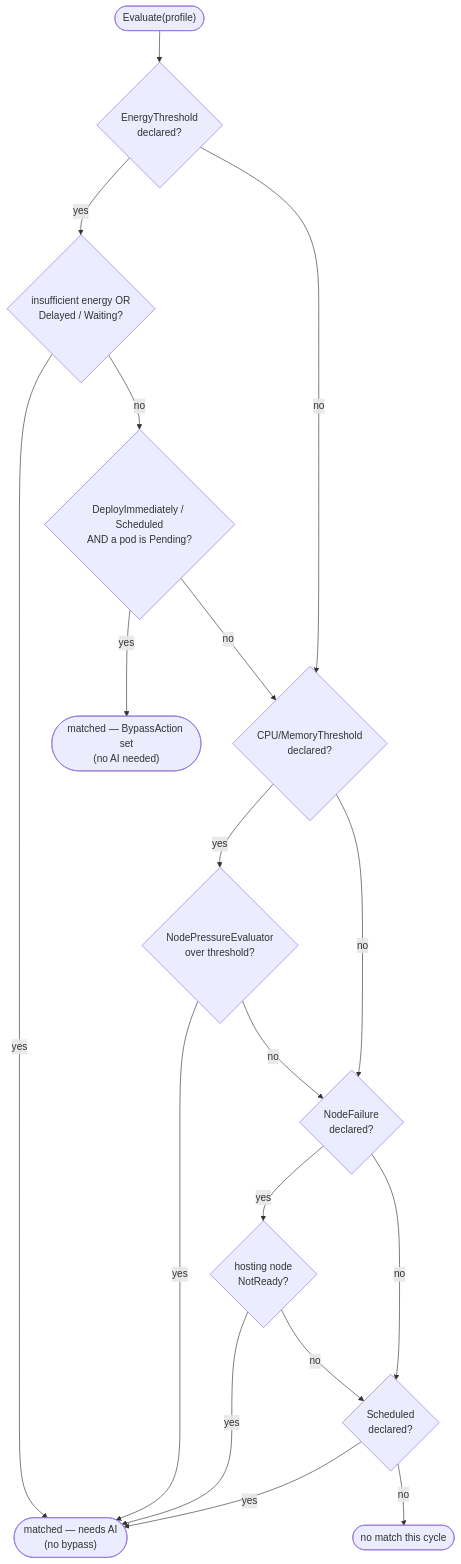
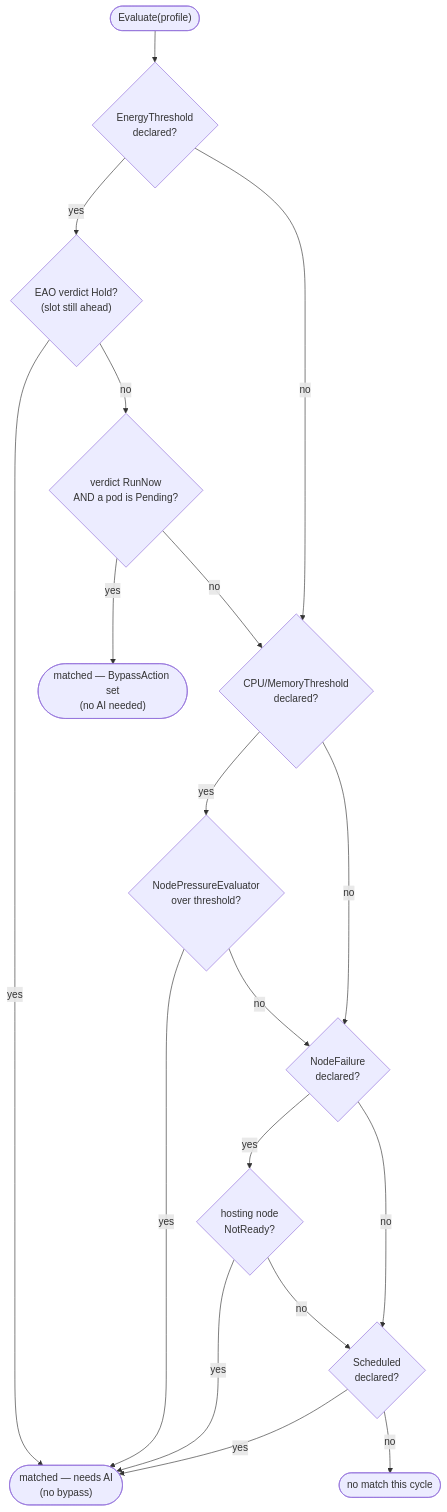
One commit to HIRO-MicroDataCenters-BV/hiro-adaptive-orchestrator changed the fifth of 35 diagrams in internal/rebalance/README.md. Above: the diagram before and after it, drawn with Mermaid. The commit also changed other lines of this file and 20 other files, not shown here.

Commit message:
Make the energy gate, EnergyThreshold trigger and timeout label follow the EAO verdict instead of energyMetrics.sufficient, sharing one EAOSettings

````diff
--- a/internal/rebalance/README.md
+++ b/internal/rebalance/README.md
@@ -204,20 +204,20 @@
 ```mermaid
 flowchart TD
     Start(["Evaluate(profile)"]) --> C1{"EnergyThreshold<br/>declared?"}
-    C1 -- yes --> E1{"insufficient energy OR<br/>Delayed / Waiting?"}
+    C1 -- yes --> E1{"EAO verdict Hold?<br/>(slot still ahead)"}
     E1 -- yes --> Match(["matched — needs AI<br/>(no bypass)"])
-    E1 -- no --> E2{"DeployImmediately / Scheduled<br/>AND a pod is Pending?"}
+    E1 -- no --> E2{"verdict RunNow<br/>AND a pod is Pending?"}
     E2 -- yes --> Bypass(["matched — BypassAction set<br/>(no AI needed)"])
     E2 -- no --> C2
     C1 -- no --> C2{"CPU/MemoryThreshold<br/>declared?"}
     C2 -- yes --> P{"NodePressureEvaluator<br/>over threshold?"}
     P -- yes --> Match
     P -- no --> C3
     C2 -- no --> C3{"NodeFailure<br/>declared?"}
     C3 -- yes --> N{"hosting node<br/>NotReady?"}
     N -- yes --> Match
     N -- no --> C4
     C3 -- no --> C4{"Scheduled<br/>declared?"}
     C4 -- yes --> Match
     C4 -- no --> None(["no match this cycle"])
 ```
````
